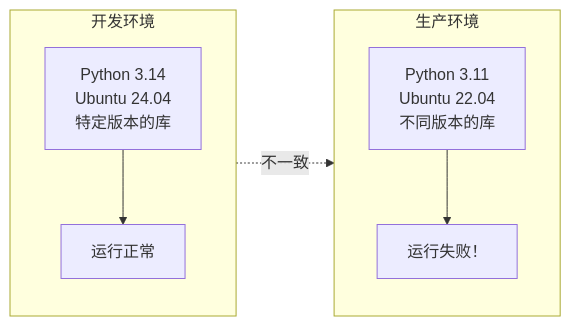
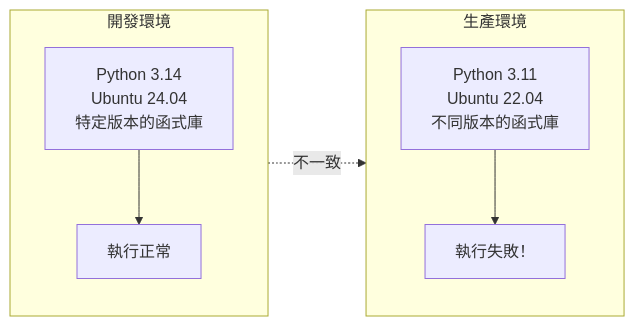
The first of 3 diagrams in 01_introduction/1.2_what.md (doggy8088/docker_practice), drawn with Mermaid before and after one commit. The commit also changed other lines of this file and 211 other files, not shown here.

````diff
--- a/01_introduction/1.2_what.md
+++ b/01_introduction/1.2_what.md
@@ -17,12 +17,12 @@
 ```mermaid
 flowchart LR
-    subgraph Dev ["开发环境"]
+    subgraph Dev ["開發環境"]
         direction TB
-        A["Python 3.14<br/>Ubuntu 24.04<br/>特定版本的库"] --> B["运行正常"]
+        A["Python 3.14<br/>Ubuntu 24.04<br/>特定版本的函式庫"] --> B["執行正常"]
     end
-    subgraph Prod ["生产环境"]
+    subgraph Prod ["生產環境"]
         direction TB
-        C["Python 3.11<br/>Ubuntu 22.04<br/>不同版本的库"] --> D["运行失败！"]
+        C["Python 3.11<br/>Ubuntu 22.04<br/>不同版本的函式庫"] --> D["執行失敗！"]
     end
     A -.->|不一致| C
 ```
````
